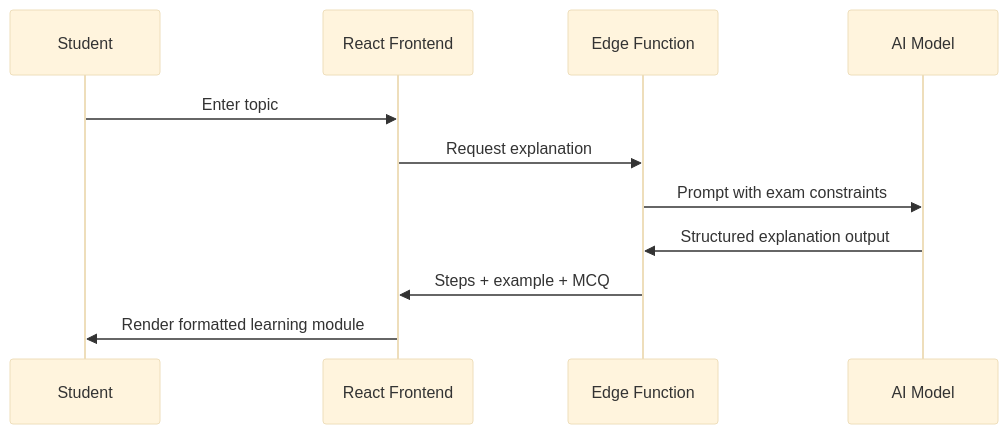
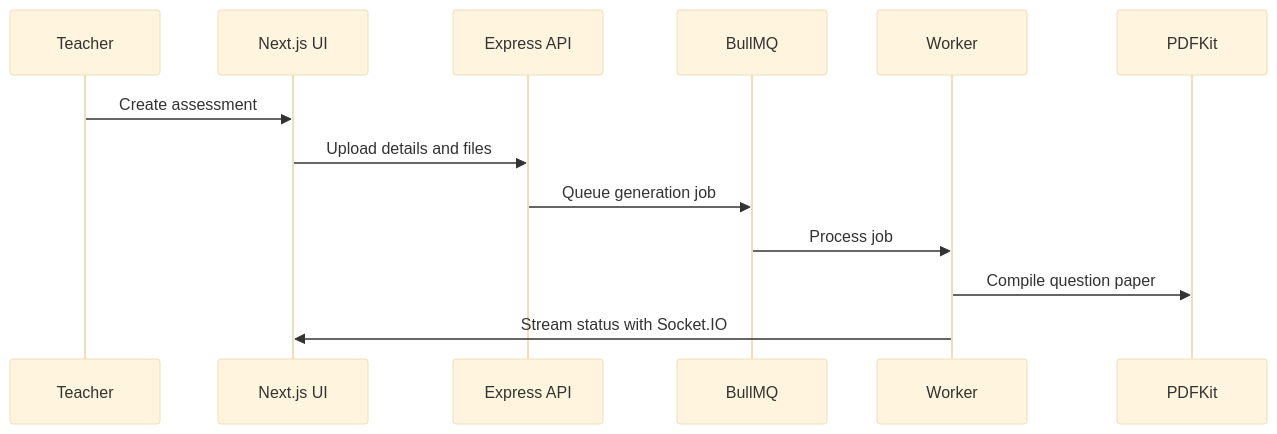
Before and after one commit to himanshu748/himanshu748: the second of 3 diagrams in README.md, drawn with Mermaid (base theme). The commit also changed other lines of this file and 5 other files, not shown here.

````diff
--- a/README.md
+++ b/README.md
@@ -131,13 +111,15 @@
 ```mermaid
 sequenceDiagram
-  participant S as Student
-  participant UI as React Frontend
-  participant API as Edge Function
-  participant M as AI Model
-  S->>UI: Enter topic
-  UI->>API: Request explanation
-  API->>M: Prompt with exam constraints
-  M->>API: Structured explanation output
-  API->>UI: Steps + example + MCQ
-  UI->>S: Render formatted learning module
+  participant T as Teacher
+  participant UI as Next.js UI
+  participant API as Express API
+  participant Q as BullMQ
+  participant W as Worker
+  participant PDF as PDFKit
+  T->>UI: Create assessment
+  UI->>API: Upload details and files
+  API->>Q: Queue generation job
+  Q->>W: Process job
+  W->>PDF: Compile question paper
+  W->>UI: Stream status with Socket.IO
 ```
````
